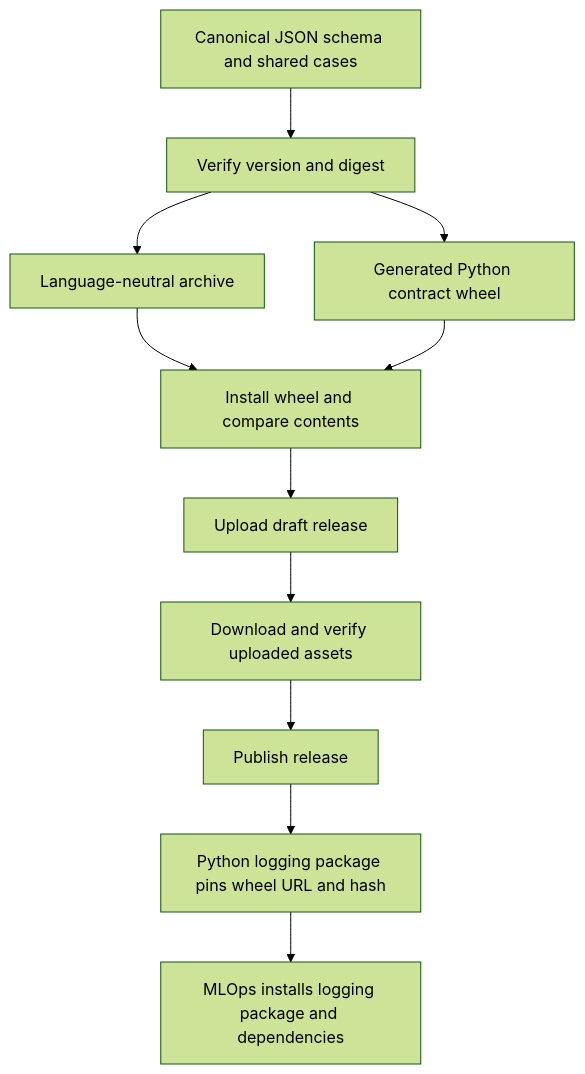
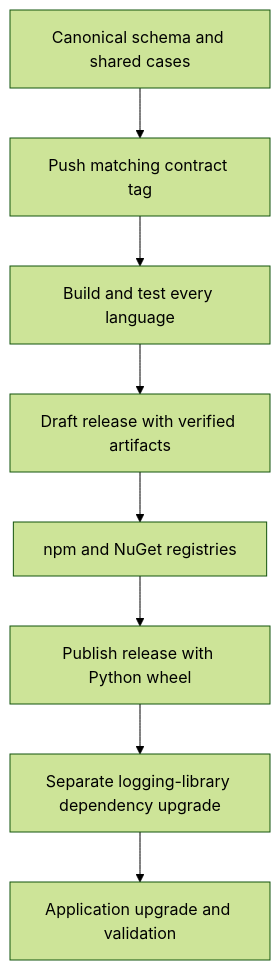
Before and after one commit to onenexus-team/onenexus-sdks: the second of 2 diagrams in contracts/log-correlation/README.md, drawn with Mermaid (forest theme). The commit also changed other lines of this file and 18 other files, not shown here.

First line of the commit message:
Complete TypeScript logging delivery and multi-language contract releases (#16)

````diff
--- a/contracts/log-correlation/README.md
+++ b/contracts/log-correlation/README.md
@@ -125,13 +125,10 @@
 ```mermaid
 flowchart TD
-    S[Canonical JSON schema and shared cases] --> V[Verify version and digest]
-    V --> A[Language-neutral archive]
-    V --> W[Generated Python contract wheel]
-    A --> T[Install wheel and compare contents]
-    W --> T
-    T --> D[Upload draft release]
-    D --> C[Download and verify uploaded assets]
-    C --> R[Publish release]
-    R --> P[Python logging package pins wheel URL and hash]
-    P --> M[MLOps installs logging package and dependencies]
+    S[Canonical schema and shared cases] --> T[Push matching contract tag]
+    T --> B[Build and test every language]
+    B --> D[Draft release with verified artifacts]
+    D --> N[npm and NuGet registries]
+    N --> R[Publish release with Python wheel]
+    R --> P[Separate logging-library dependency upgrade]
+    P --> A[Application upgrade and validation]
 ```
````
